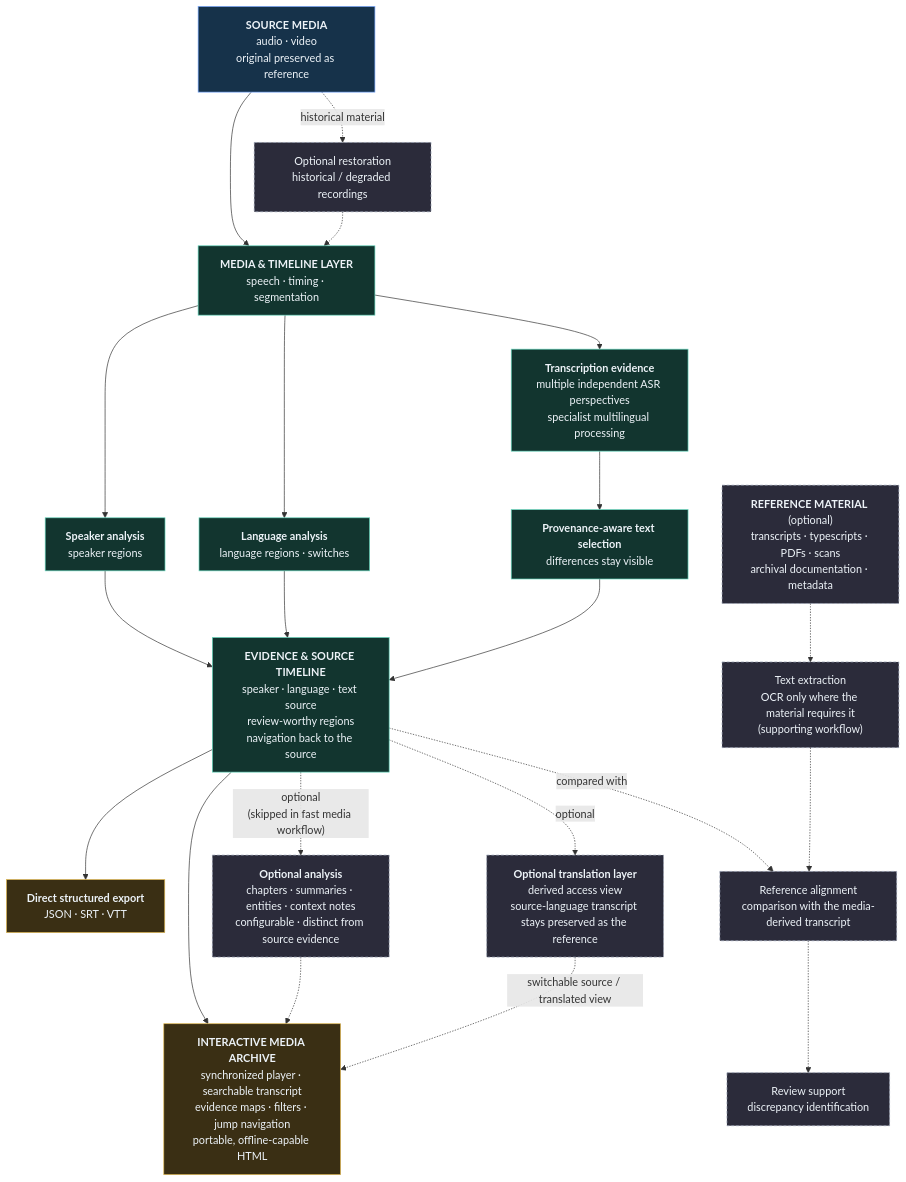
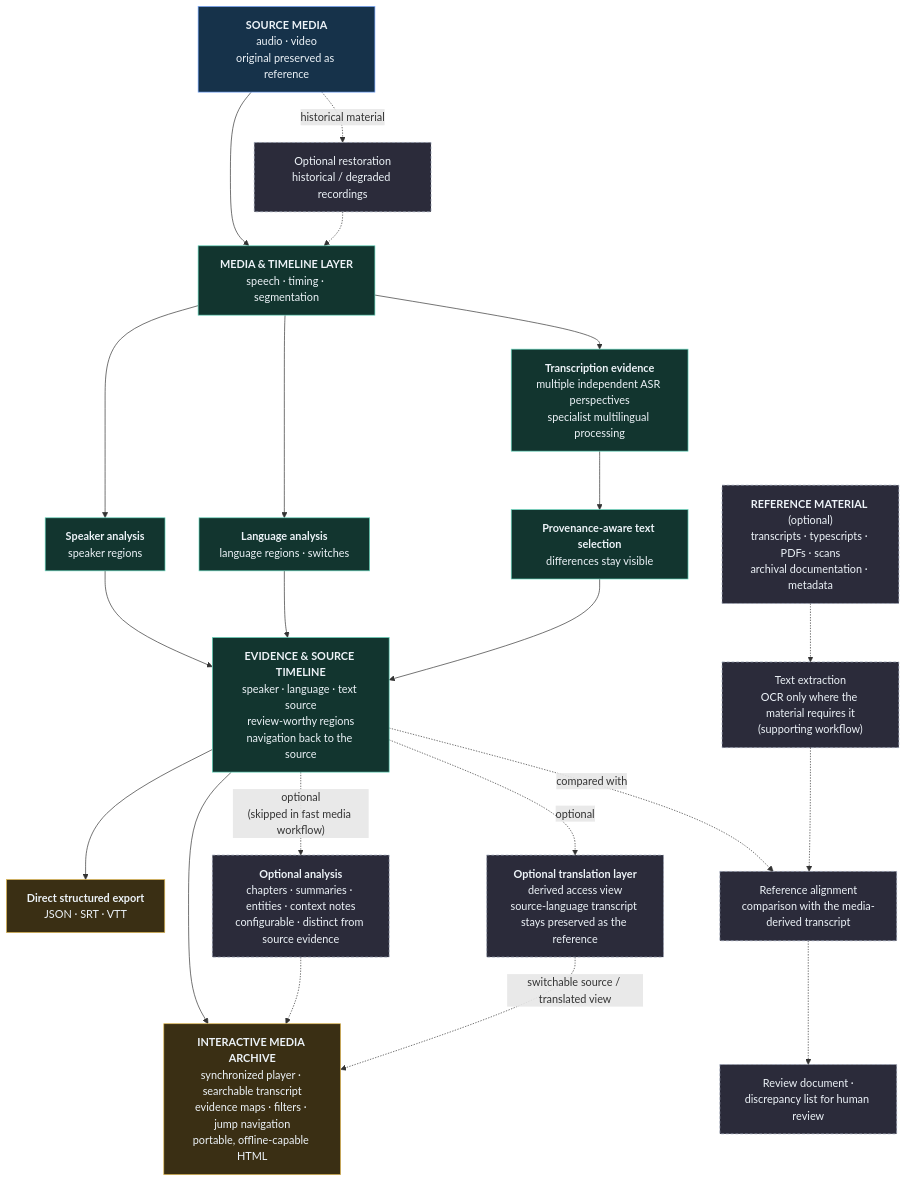
The diagram in docs/architecture_2026.md (R2-Mechanics/r2-mechanics), drawn with Mermaid before and after one commit. The commit also changed other lines of this file, not shown here.

Commit message:
docs: clarify review document output in architecture diagram

````diff
--- a/docs/architecture_2026.md
+++ b/docs/architecture_2026.md
@@ -7,52 +7,52 @@
 ```mermaid
 flowchart TD
     SRC["<b>SOURCE MEDIA</b><br/>audio · video<br/>original preserved as reference"]
     RST["Optional restoration<br/>historical / degraded recordings"]
     TL["<b>MEDIA &amp; TIMELINE LAYER</b><br/>speech · timing · segmentation"]
 
     SPK["<b>Speaker analysis</b><br/>speaker regions"]
     LNG["<b>Language analysis</b><br/>language regions · switches"]
     ASR["<b>Transcription evidence</b><br/>multiple independent ASR perspectives<br/>specialist multilingual processing"]
 
     MRG["<b>Provenance-aware text selection</b><br/>differences stay visible"]
 
     EVD["<b>EVIDENCE &amp; SOURCE TIMELINE</b><br/>speaker · language · text source<br/>review-worthy regions<br/>navigation back to the source"]
 
     LLM["<b>Optional analysis</b><br/>chapters · summaries · entities · context notes<br/>configurable · distinct from source evidence"]
     EXP["<b>Direct structured export</b><br/>JSON · SRT · VTT"]
 
     TRN["<b>Optional translation layer</b><br/>derived access view<br/>source-language transcript stays preserved as the reference"]
     REF["<b>REFERENCE MATERIAL</b> (optional)<br/>transcripts · typescripts · PDFs · scans<br/>archival documentation · metadata"]
     EXT["Text extraction<br/>OCR only where the material requires it<br/>(supporting workflow)"]
     ALN["Reference alignment<br/>comparison with the media-derived transcript"]
-    RVW["Review support<br/>discrepancy identification"]
+    RVW["Review document ·<br/>discrepancy list for human review"]
 
     ARC["<b>INTERACTIVE MEDIA ARCHIVE</b><br/>synchronized player · searchable transcript<br/>evidence maps · filters · jump navigation<br/>portable, offline-capable HTML"]
 
     SRC --> TL
     SRC -. "historical material" .-> RST -.-> TL
     TL --> SPK
     TL --> LNG
     TL --> ASR
     SPK --> EVD
     LNG --> EVD
     ASR --> MRG --> EVD
     EVD --> EXP
     EVD --> ARC
     EVD -. "optional<br/>(skipped in fast media workflow)" .-> LLM
     LLM -.-> ARC
     EVD -. "optional" .-> TRN
     TRN -. "switchable source / translated view" .-> ARC
     REF -.-> EXT -.-> ALN
     EVD -. "compared with" .-> ALN
     ALN -.-> RVW
 
     classDef source fill:#16324a,stroke:#79a8ff,color:#edf3f8;
     classDef core fill:#12352f,stroke:#65d7bd,color:#edf3f8;
     classDef optional fill:#2b2b3a,stroke:#9aa3b5,color:#edf3f8,stroke-dasharray: 4 3;
     classDef delivery fill:#3a2f14,stroke:#e0b84f,color:#edf3f8;
     class SRC source;
     class TL,SPK,LNG,ASR,MRG,EVD core;
     class RST,LLM,TRN,REF,EXT,ALN,RVW optional;
     class EXP,ARC delivery;
 ```
````
